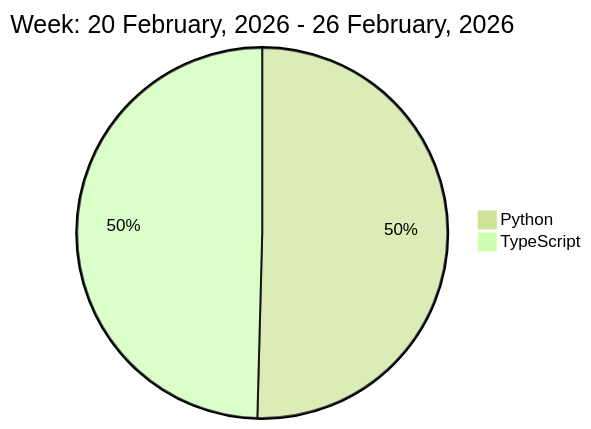
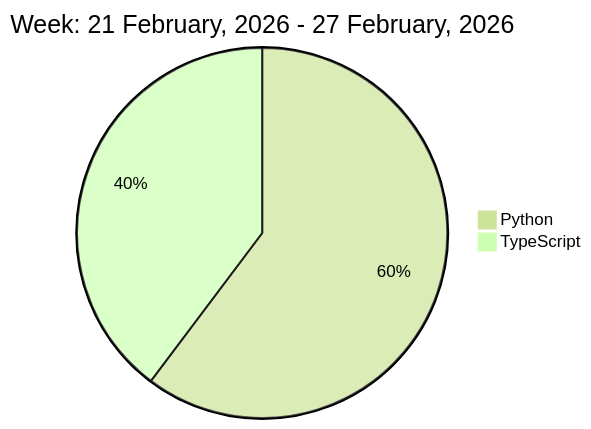
The diagram in README.md (liubin95/liubin95), drawn with Mermaid (forest theme) before and after one commit.

Commit message:
Updated the Graph with new Metrics

````diff
--- a/README.md
+++ b/README.md
@@ -37,6 +37,6 @@
 ```mermaid
  pie
-title Week: 20 February, 2026 - 26 February, 2026
- "Python" : 3.02
- "TypeScript" : 2.97
+title Week: 21 February, 2026 - 27 February, 2026
+ "Python" : 4.55
+ "TypeScript" : 3.0
 ```
````
